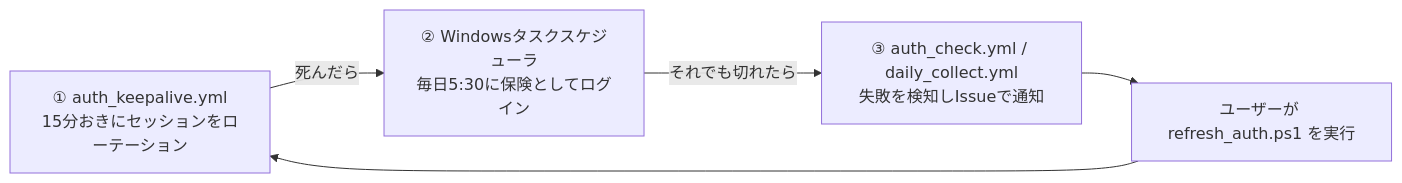
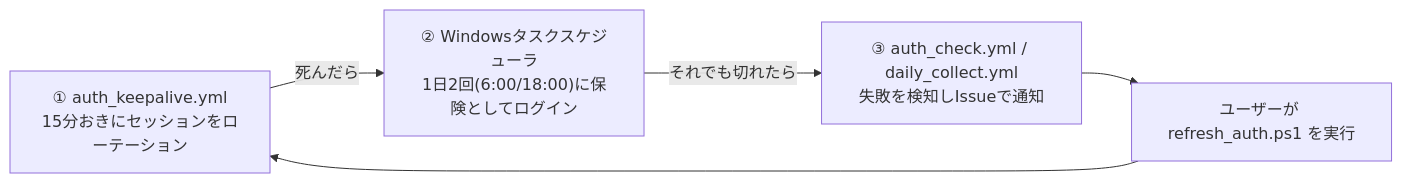
The third of 9 diagrams in DOCUMENT.md (manato1201/Research-Collector), drawn with Mermaid before and after one commit. The commit also changed other lines of this file and 5 other files, not shown here.

````diff
--- a/DOCUMENT.md
+++ b/DOCUMENT.md
@@ -160,7 +160,7 @@
 ```mermaid
 flowchart LR
-    A["① auth_keepalive.yml<br/>15分おきにセッションをローテーション"] -->|"死んだら"| B["② Windowsタスクスケジューラ<br/>毎日5:30に保険としてログイン"]
+    A["① auth_keepalive.yml<br/>15分おきにセッションをローテーション"] -->|"死んだら"| B["② Windowsタスクスケジューラ<br/>1日2回(6:00/18:00)に保険としてログイン"]
     B -->|"それでも切れたら"| C["③ auth_check.yml / daily_collect.yml<br/>失敗を検知しIssueで通知"]
     C --> D["ユーザーが refresh_auth.ps1 を実行"]
     D --> A
 ```
````
